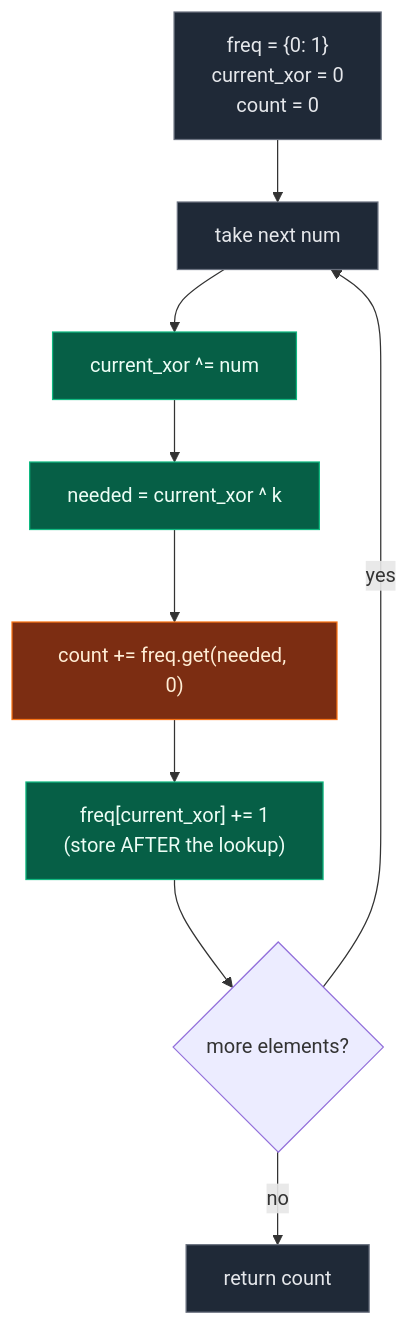
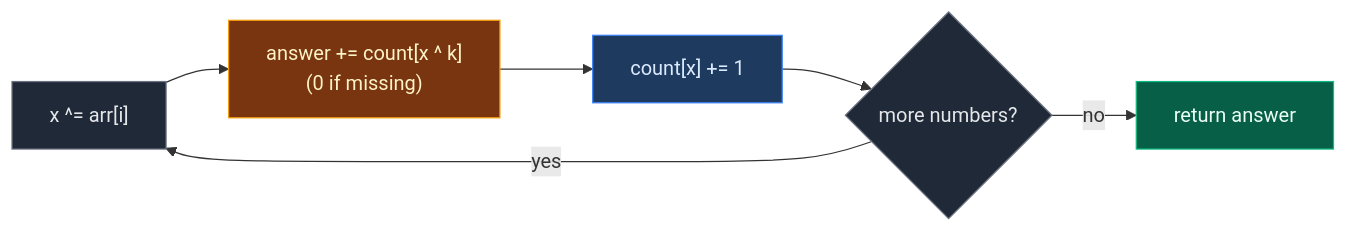
One commit to ajay-nikumbh/dsa-notes changed the diagram in 01. Array/09. Prefix XOR + HashMap/01. Count Subarrays with given XOR.md. Above: the diagram before and after it, drawn with Mermaid. The commit also changed other lines of this file and 85 other files, not shown here.

````diff
--- a/01. Array/09. Prefix XOR + HashMap/01. Count Subarrays with given XOR.md
+++ b/01. Array/09. Prefix XOR + HashMap/01. Count Subarrays with given XOR.md
@@ -113,19 +93,13 @@
 ```mermaid
-flowchart TD
-    A["freq = {0: 1}<br/>current_xor = 0<br/>count = 0"]:::seed
-    B["take next num"]:::edge
-    C["current_xor ^= num"]:::calc
-    D["needed = current_xor ^ k"]:::calc
-    E["count += freq.get(needed, 0)"]:::hit
-    F["freq[current_xor] += 1<br/>(store AFTER the lookup)"]:::calc
-    G{"more elements?"}
-    H["return count"]:::seed
-    A --> B --> C --> D --> E --> F --> G
-    G -- yes --> B
-    G -- no --> H
+flowchart LR
+    A["x ^= arr[i]"]:::a --> B["answer += count[x ^ k]<br/>(0 if missing)"]:::c
+    B --> C["count[x] += 1"]:::b
+    C --> D{"more numbers?"}:::a
+    D -->|yes| A
+    D -->|no| E["return answer"]:::d
 
-    classDef seed fill:#1f2937,stroke:#6b7280,color:#e5e7eb
-    classDef edge fill:#1f2937,stroke:#6b7280,color:#e5e7eb
-    classDef calc fill:#065f46,stroke:#10b981,color:#ecfdf5
-    classDef hit fill:#7c2d12,stroke:#f97316,color:#ffedd5
+    classDef a fill:#1f2937,stroke:#6b7280,color:#e5e7eb
+    classDef b fill:#1e3a5f,stroke:#3b82f6,color:#dbeafe
+    classDef c fill:#78350f,stroke:#f59e0b,color:#fef3c7
+    classDef d fill:#065f46,stroke:#10b981,color:#ecfdf5
 ```
````
